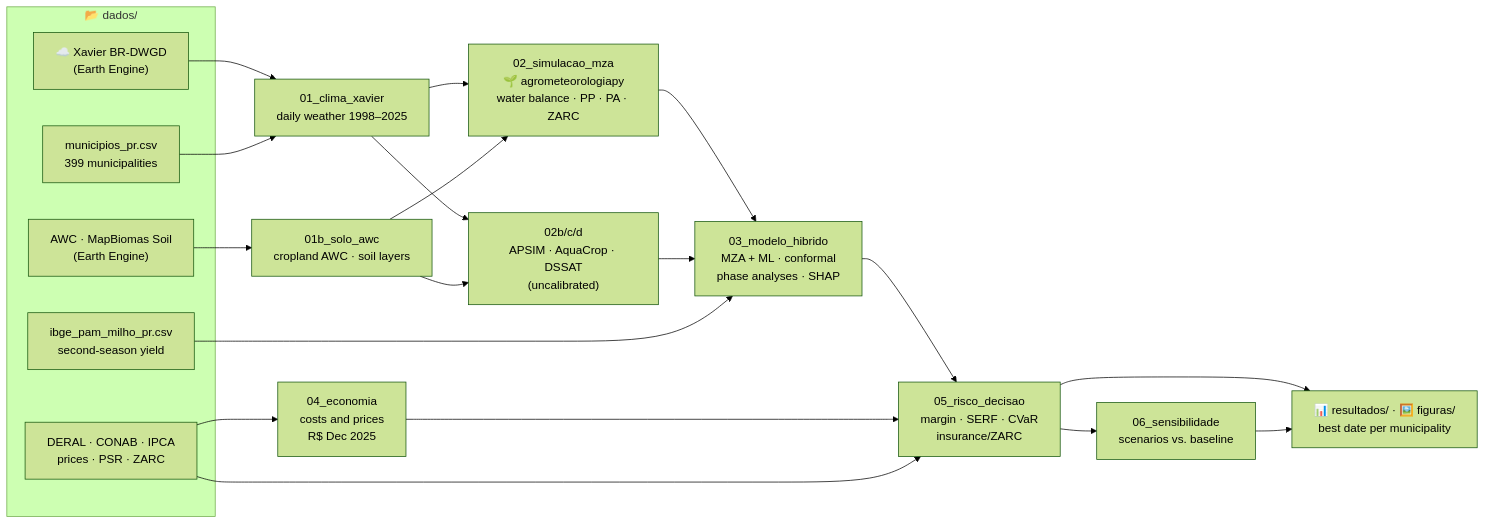
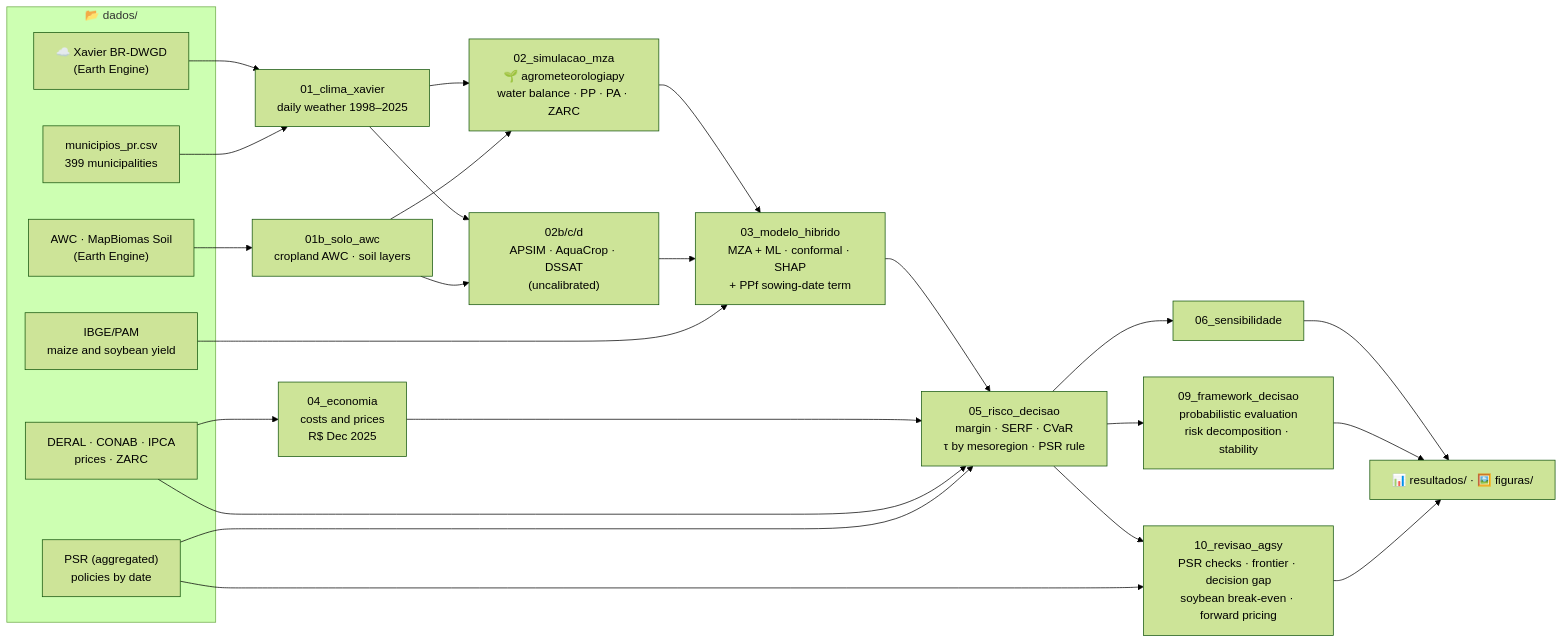
Before and after one commit to fcoliveira-utfpr/ML_maize_pr: the diagram in README.md, drawn with Mermaid (forest theme). The commit also changed other lines of this file and 542 other files, not shown here.

Commit message:
Update maize risk analysis and results

````diff
--- a/README.md
+++ b/README.md
@@ -46,27 +56,33 @@
 ```mermaid
 flowchart LR
     subgraph D["📂 dados/"]
         X["☁️ Xavier BR-DWGD<br/>(Earth Engine)"]
         M["municipios_pr.csv<br/>399 municipalities"]
         S["AWC · MapBiomas Soil<br/>(Earth Engine)"]
-        I["ibge_pam_milho_pr.csv<br/>second-season yield"]
-        C["DERAL · CONAB · IPCA<br/>prices · PSR · ZARC"]
+        I["IBGE/PAM<br/>maize and soybean yield"]
+        C["DERAL · CONAB · IPCA<br/>prices · ZARC"]
+        P["PSR (aggregated)<br/>policies by date"]
     end
     X --> N1["01_clima_xavier<br/>daily weather 1998–2025"]
     S --> N1b["01b_solo_awc<br/>cropland AWC · soil layers"]
     M --> N1
     N1 --> N2["02_simulacao_mza<br/>🌱 agrometeorologiapy<br/>water balance · PP · PA · ZARC"]
     N1b --> N2
     N1 --> N2x["02b/c/d<br/>APSIM · AquaCrop · DSSAT<br/>(uncalibrated)"]
     N1b --> N2x
-    N2 --> N3["03_modelo_hibrido<br/>MZA + ML · conformal<br/>phase analyses · SHAP"]
+    N2 --> N3["03_modelo_hibrido<br/>MZA + ML · conformal · SHAP<br/>+ PPf sowing-date term"]
     N2x --> N3
     I --> N3
     C --> N4["04_economia<br/>costs and prices<br/>R$ Dec 2025"]
-    N3 --> N5["05_risco_decisao<br/>margin · SERF · CVaR<br/>insurance/ZARC"]
+    N3 --> N5["05_risco_decisao<br/>margin · SERF · CVaR<br/>τ by mesoregion · PSR rule"]
     N4 --> N5
     C --> N5
-    N5 --> N6["06_sensibilidade<br/>scenarios vs. baseline"]
-    N5 --> R["📊 resultados/ · 🖼️ figuras/<br/>best date per municipality"]
-    N6 --> R
+    P --> N5
+    N5 --> N6["06_sensibilidade"]
+    N5 --> N9["09_framework_decisao<br/>probabilistic evaluation<br/>risk decomposition · stability"]
+    N5 --> N10["10_revisao_agsy<br/>PSR checks · frontier · decision gap<br/>soybean break-even · forward pricing"]
+    P --> N10
+    N6 --> R["📊 resultados/ · 🖼️ figuras/"]
+    N9 --> R
+    N10 --> R
 ```
````
